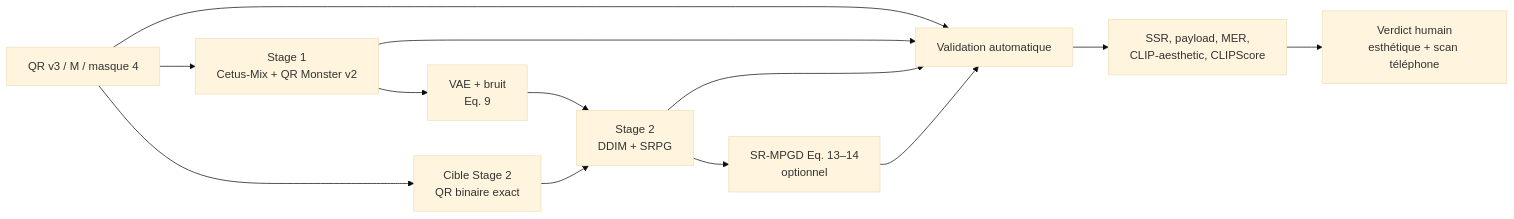
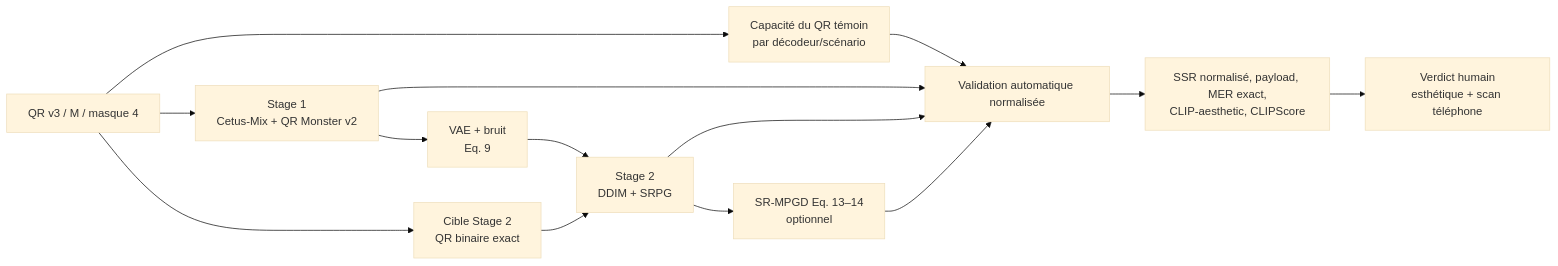
Before and after one commit to Paul-Berdier/Prooftag_QRcodePersonnalisation: the diagram in docs/web-lab.md, drawn with Mermaid (base theme). The commit also changed other lines of this file and 18 other files, not shown here.

````diff
--- a/docs/web-lab.md
+++ b/docs/web-lab.md
@@ -18,15 +20,16 @@
 ```mermaid
 flowchart LR
     Q["QR v3 / M / masque 4"] --> S1["Stage 1\nCetus-Mix + QR Monster v2"]
     S1 --> N["VAE + bruit\nEq. 9"]
     Q --> TARGET["Cible Stage 2\nQR binaire exact"]
     N --> S2["Stage 2\nDDIM + SRPG"]
     TARGET --> S2
     S2 --> M["SR-MPGD Eq. 13–14\noptionnel"]
-    Q --> V["Validation automatique"]
+    Q --> R["Capacité du QR témoin\npar décodeur/scénario"]
+    R --> V["Validation automatique normalisée"]
     S1 --> V
     S2 --> V
     M --> V
-    V --> A["SSR, payload, MER,\nCLIP-aesthetic, CLIPScore"]
+    V --> A["SSR normalisé, payload, MER exact,\nCLIP-aesthetic, CLIPScore"]
     A --> H["Verdict humain\nesthétique + scan téléphone"]
 ```
````
